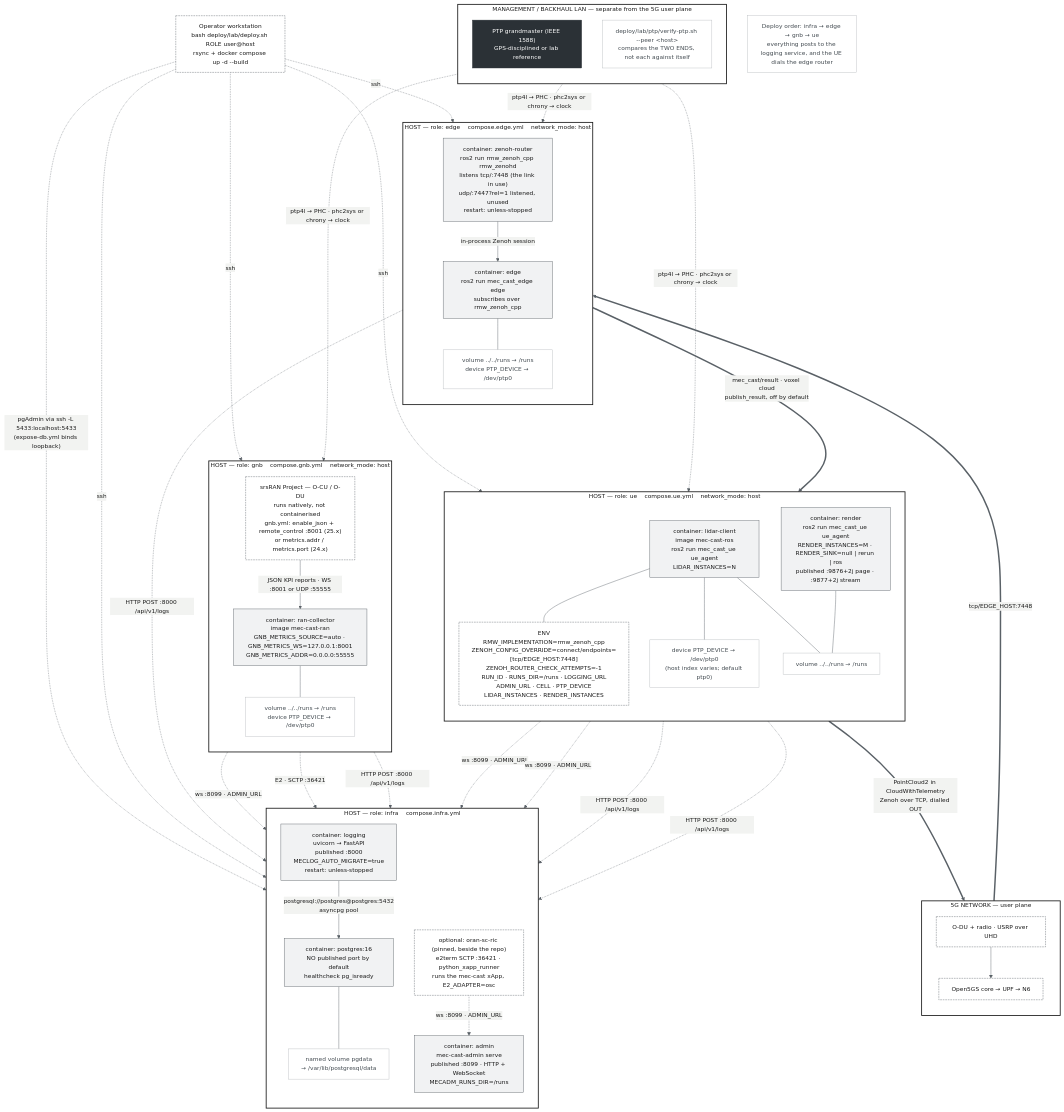
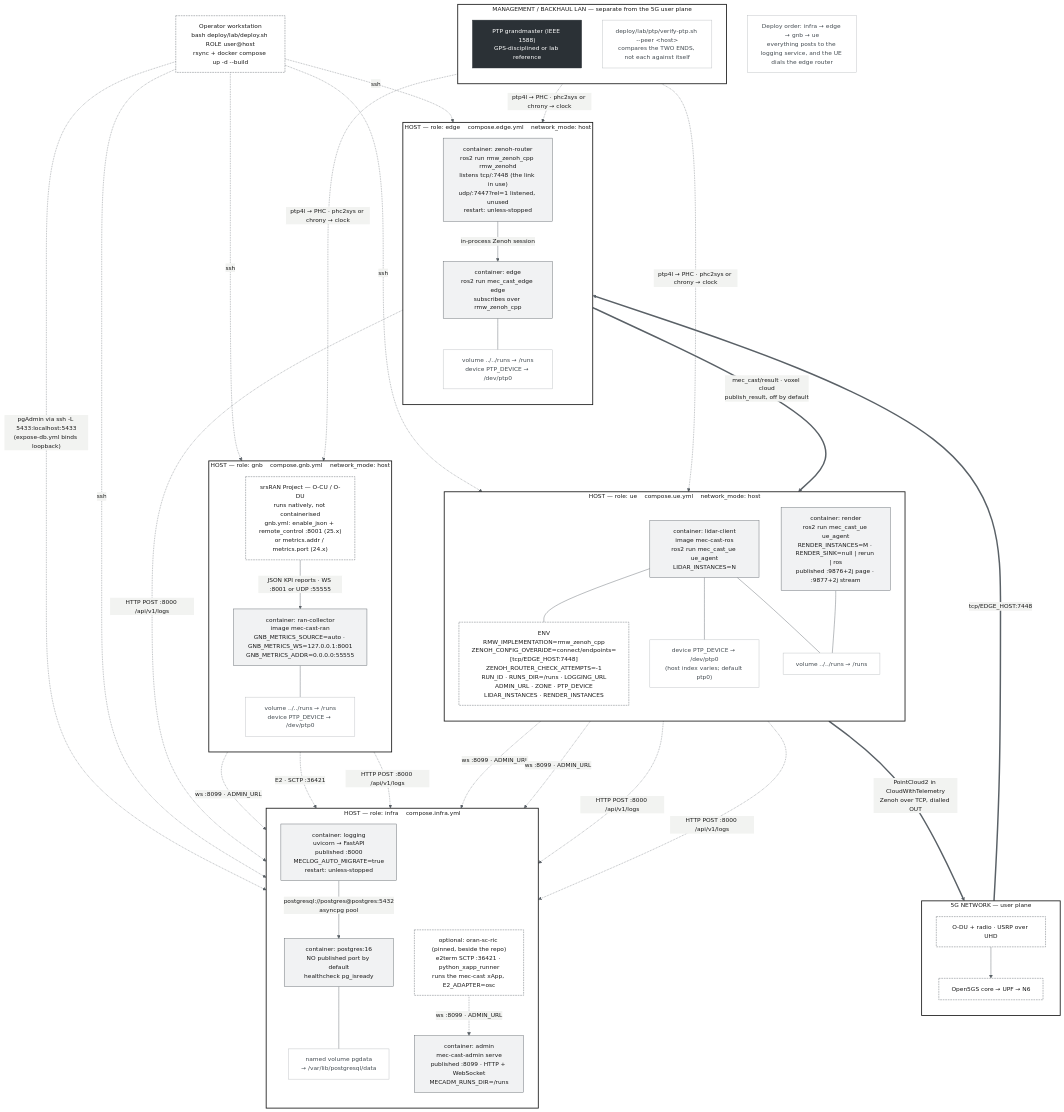
One commit to morosev/mec-cast changed the diagram in docs/diagrams/dataflow-runtime-topology.mmd. Above: the diagram before and after it, drawn with Mermaid. The commit also changed 52 other files, not shown here.

First line of the commit message:
A group of UEs, a gNB and an edge was called a cell, which it is not

```diff
--- a/docs/diagrams/dataflow-runtime-topology.mmd
+++ b/docs/diagrams/dataflow-runtime-topology.mmd
@@ -1,102 +1,102 @@
 %% mec-cast — runtime topology of the lab testbed.
 %% Answers: what process runs where, over which port and protocol, with what
 %% configuration and which volumes. Complements the measurement-lifecycle
 %% diagram, which answers where the numbers come from.
 %% Solid edges carry payload or requests. Dashed edges are telemetry.
 %% Dotted edges are clock discipline. Edit, then: bash docs/diagrams/render.sh
 %%{init: {"theme":"base","themeVariables":{
   "background":"#FFFFFF","primaryColor":"#F1F2F3","primaryTextColor":"#1A1A1A",
   "primaryBorderColor":"#5A6167","lineColor":"#5A6167","textColor":"#1A1A1A",
   "clusterBkg":"#FFFFFF","clusterBorder":"#1A1A1A","titleColor":"#1A1A1A","nodeTextColor":"#1A1A1A",
   "fontFamily":"Arial","fontSize":"14px"}} }%%
 flowchart TB
   classDef host fill:#FFFFFF,stroke:#1A1A1A,stroke-width:2px,color:#1A1A1A
   classDef ctr fill:#F1F2F3,stroke:#5A6167,stroke-width:1px,color:#1A1A1A
   classDef ext fill:#FFFFFF,stroke:#5A6167,stroke-dasharray:4 2,color:#1A1A1A
   classDef vol fill:#FFFFFF,stroke:#B9BDC0,color:#444C52
   classDef sync fill:#2B3136,stroke:#2B3136,color:#FFFFFF
 
   subgraph H1["HOST — role: ue &nbsp;&nbsp; compose.ue.yml &nbsp;&nbsp; network_mode: host"]
     direction TB
     UEC["container: lidar-client<br/>image mec-cast-ros<br/>ros2 run mec_cast_ue ue_agent<br/>LIDAR_INSTANCES=N"]:::ctr
-    UEENV["ENV<br/>RMW_IMPLEMENTATION=rmw_zenoh_cpp<br/>ZENOH_CONFIG_OVERRIDE=connect/endpoints=[tcp/EDGE_HOST:7448]<br/>ZENOH_ROUTER_CHECK_ATTEMPTS=-1<br/>RUN_ID · RUNS_DIR=/runs · LOGGING_URL<br/>ADMIN_URL · CELL · PTP_DEVICE<br/>LIDAR_INSTANCES · RENDER_INSTANCES"]:::ext
+    UEENV["ENV<br/>RMW_IMPLEMENTATION=rmw_zenoh_cpp<br/>ZENOH_CONFIG_OVERRIDE=connect/endpoints=[tcp/EDGE_HOST:7448]<br/>ZENOH_ROUTER_CHECK_ATTEMPTS=-1<br/>RUN_ID · RUNS_DIR=/runs · LOGGING_URL<br/>ADMIN_URL · ZONE · PTP_DEVICE<br/>LIDAR_INSTANCES · RENDER_INSTANCES"]:::ext
     UEPTP["device PTP_DEVICE → /dev/ptp0<br/>(host index varies; default ptp0)"]:::vol
     UEVOL["volume ../../runs → /runs"]:::vol
     RENC["container: render<br/>ros2 run mec_cast_ue ue_agent<br/>RENDER_INSTANCES=M · RENDER_SINK=null | rerun | ros<br/>published :9876+2j page · :9877+2j stream"]:::ctr
     UEC --- UEENV
     UEC --- UEPTP
     UEC --- UEVOL
     RENC --- UEVOL
   end
 
   subgraph H2["HOST — role: gnb &nbsp;&nbsp; compose.gnb.yml &nbsp;&nbsp; network_mode: host"]
     direction TB
     SRSRAN["srsRAN Project — O-CU / O-DU<br/>runs natively, not containerised<br/>gnb.yml: enable_json + remote_control :8001 (25.x)<br/>or metrics.addr / metrics.port (24.x)"]:::ext
     RANC["container: ran-collector<br/>image mec-cast-ran<br/>GNB_METRICS_SOURCE=auto · GNB_METRICS_WS=127.0.0.1:8001<br/>GNB_METRICS_ADDR=0.0.0.0:55555"]:::ctr
     RANVOL["volume ../../runs → /runs<br/>device PTP_DEVICE → /dev/ptp0"]:::vol
     SRSRAN -->|"JSON KPI reports · WS :8001 or UDP :55555"| RANC
     RANC --- RANVOL
   end
 
   subgraph H3["HOST — role: edge &nbsp;&nbsp; compose.edge.yml &nbsp;&nbsp; network_mode: host"]
     direction TB
     ZR["container: zenoh-router<br/>ros2 run rmw_zenoh_cpp rmw_zenohd<br/>listens tcp/:7448 (the link in use)<br/>udp/:7447?rel=1 listened, unused<br/>restart: unless-stopped"]:::ctr
     EDGEC["container: edge<br/>ros2 run mec_cast_edge edge<br/>subscribes over rmw_zenoh_cpp"]:::ctr
     EDGEVOL["volume ../../runs → /runs<br/>device PTP_DEVICE → /dev/ptp0"]:::vol
     ZR -->|"in-process Zenoh session"| EDGEC
     EDGEC --- EDGEVOL
   end
 
   subgraph H4["HOST — role: infra &nbsp;&nbsp; compose.infra.yml"]
     direction TB
     LOGC["container: logging<br/>uvicorn → FastAPI<br/>published :8000<br/>MECLOG_AUTO_MIGRATE=true<br/>restart: unless-stopped"]:::ctr
     PGC["container: postgres:16<br/>NO published port by default<br/>healthcheck pg_isready"]:::ctr
     PGVOL["named volume pgdata<br/>→ /var/lib/postgresql/data"]:::vol
     ADMC["container: admin<br/>mec-cast-admin serve<br/>published :8099 · HTTP + WebSocket<br/>MECADM_RUNS_DIR=/runs"]:::ctr
     RICC["optional: oran-sc-ric (pinned, beside the repo)<br/>e2term SCTP :36421 · python_xapp_runner<br/>runs the mec-cast xApp, E2_ADAPTER=osc"]:::ext
     LOGC -->|"postgresql://postgres@postgres:5432<br/>asyncpg pool"| PGC
     PGC --- PGVOL
   end
 
   UEC -.->|"ws :8099 · ADMIN_URL"| ADMC
   RANC -.->|"ws :8099 · ADMIN_URL"| ADMC
   RICC -.->|"ws :8099 · ADMIN_URL"| ADMC
   SRSRAN -.->|"E2 · SCTP :36421"| RICC
   RENC -.->|"ws :8099 · ADMIN_URL"| ADMC
 
   subgraph NET5G["5G NETWORK — user plane"]
     direction TB
     RAN["O-DU + radio · USRP over UHD"]:::ext
     UPF["Open5GS core → UPF → N6"]:::ext
     RAN --> UPF
   end
 
   UEC ==>|"PointCloud2 in CloudWithTelemetry<br/>Zenoh over TCP, dialled OUT"| RAN
   UPF ==>|"tcp/EDGE_HOST:7448"| ZR
 
   EDGEC ==>|"mec_cast/result · voxel cloud<br/>publish_result, off by default"| RENC
   UEC -.->|"HTTP POST :8000 /api/v1/logs"| LOGC
   RENC -.->|"HTTP POST :8000 /api/v1/logs"| LOGC
   EDGEC -.->|"HTTP POST :8000 /api/v1/logs"| LOGC
   RANC -.->|"HTTP POST :8000 /api/v1/logs"| LOGC
 
   subgraph MGMT["MANAGEMENT / BACKHAUL LAN — separate from the 5G user plane"]
     direction TB
     GM["PTP grandmaster (IEEE 1588)<br/>GPS-disciplined or lab reference"]:::sync
     VERIFY["deploy/lab/ptp/verify-ptp.sh --peer &lt;host&gt;<br/>compares the TWO ENDS, not each against itself"]:::vol
   end
 
   GM -.->|"ptp4l → PHC · phc2sys or chrony → clock"| H1
   GM -.->|"ptp4l → PHC · phc2sys or chrony → clock"| H2
   GM -.->|"ptp4l → PHC · phc2sys or chrony → clock"| H3
 
   OPS["Operator workstation<br/>bash deploy/lab/deploy.sh ROLE user@host<br/>rsync + docker compose up -d --build"]:::ext
   OPS -.->|"ssh"| H1
   OPS -.->|"ssh"| H2
   OPS -.->|"ssh"| H3
   OPS -.->|"ssh"| H4
   OPS -.->|"pgAdmin via ssh -L 5433:localhost:5433<br/>(expose-db.yml binds loopback)"| PGC
 
   ORDER["Deploy order: infra → edge → gnb → ue<br/>everything posts to the logging service, and the UE dials the edge router"]:::vol
 
   class H1,H2,H3,H4,NET5G,MGMT host
```
